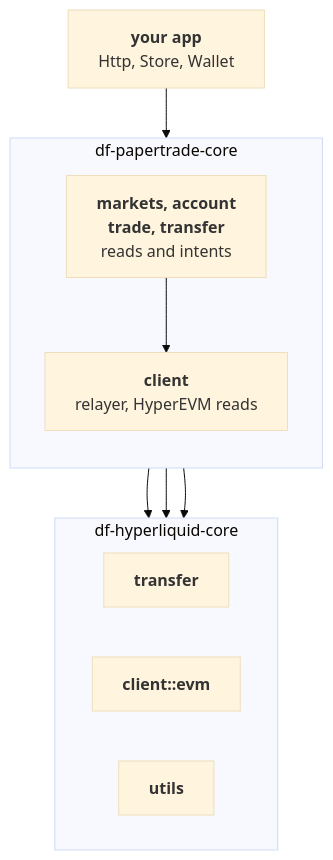
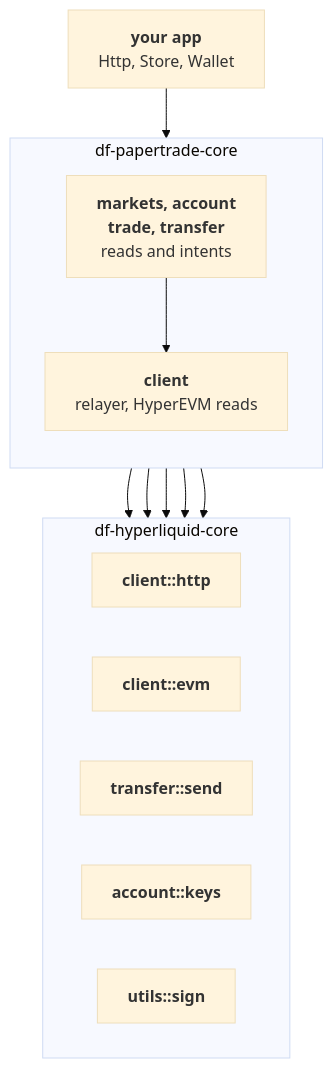
Before and after one commit to dennisfurrer/df-papertrade-core: the diagram in README.md, drawn with Mermaid (base theme). The commit also changed other lines of this file and 125 other files, not shown here.

````diff
--- a/README.md
+++ b/README.md
@@ -27,23 +36,27 @@
 ```mermaid
 flowchart TB
     app["<b>your app</b><br/>Http, Store, Wallet"]
 
     subgraph sdk ["df-papertrade-core"]
         direction TB
         domains["<b>markets, account</b><br/><b>trade, transfer</b><br/>reads and intents"]
         client["<b>client</b><br/>relayer, HyperEVM reads"]
     end
 
     subgraph hl ["df-hyperliquid-core"]
         direction LR
-        transfer["<b>transfer</b>"]
+        http["<b>client::http</b>"]
         evm["<b>client::evm</b>"]
-        utils["<b>utils</b>"]
+        send["<b>transfer::send</b>"]
+        keys["<b>account::keys</b>"]
+        sign["<b>utils::sign</b>"]
     end
 
     app --> domains
     domains --> client
-    domains --> transfer
+    client --> http
     client --> evm
-    domains --> utils
+    domains --> send
+    domains --> keys
+    domains --> sign
 ```
````
